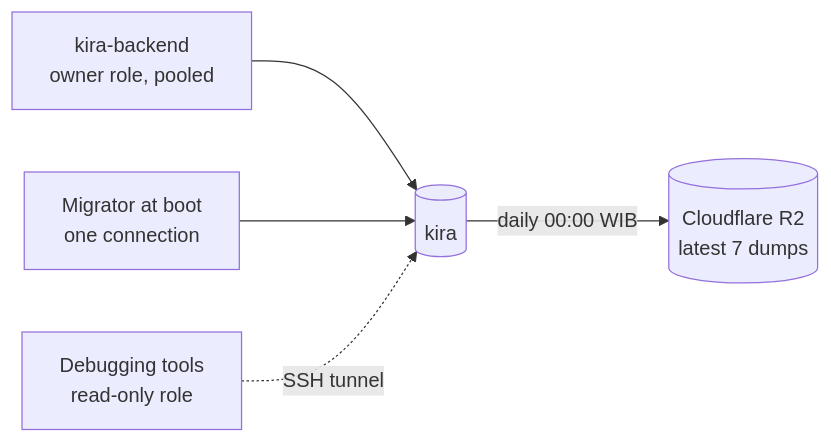
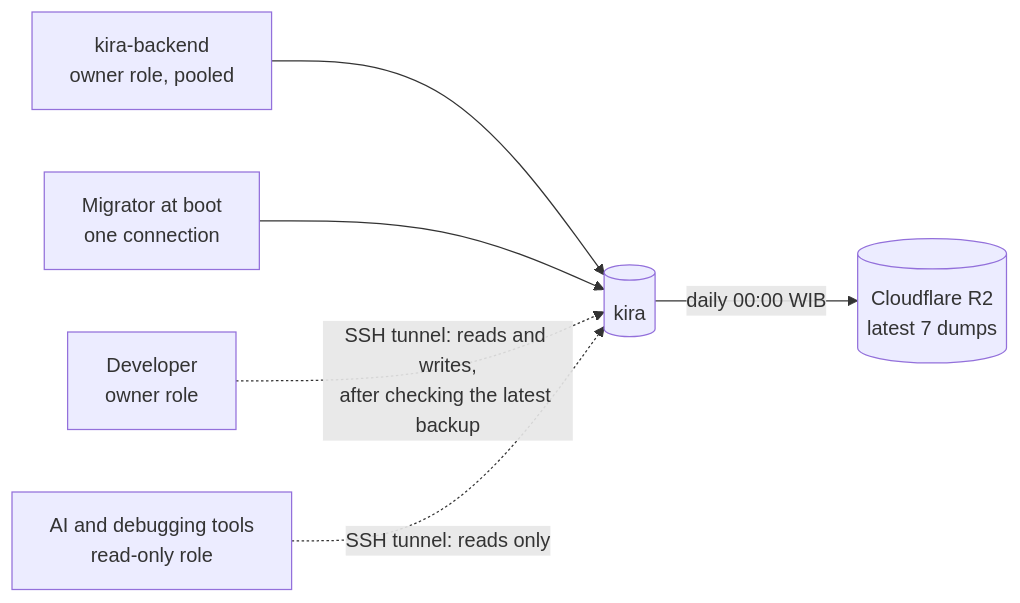
The sixth of 7 diagrams in README.md (Kira-iOS-Project/kira-backend), drawn with Mermaid before and after one commit. The commit also changed other lines of this file, not shown here.

First line of the commit message:
docs: show developer access to the production database

````diff
--- a/README.md
+++ b/README.md
@@ -304,7 +305,8 @@
 ```mermaid
 flowchart LR
   api["kira-backend<br/>owner role, pooled"] --> kira[("kira")]
   migrator["Migrator at boot<br/>one connection"] --> kira
-  debug["Debugging tools<br/>read-only role"] -. "SSH tunnel" .-> kira
+  person["Developer<br/>owner role"] -. "SSH tunnel: reads and writes,<br/>after checking the latest backup" .-> kira
+  debug["AI and debugging tools<br/>read-only role"] -. "SSH tunnel: reads only" .-> kira
   kira -- "daily 00:00 WIB" --> r2[("Cloudflare R2<br/>latest 7 dumps")]
 ```
````
